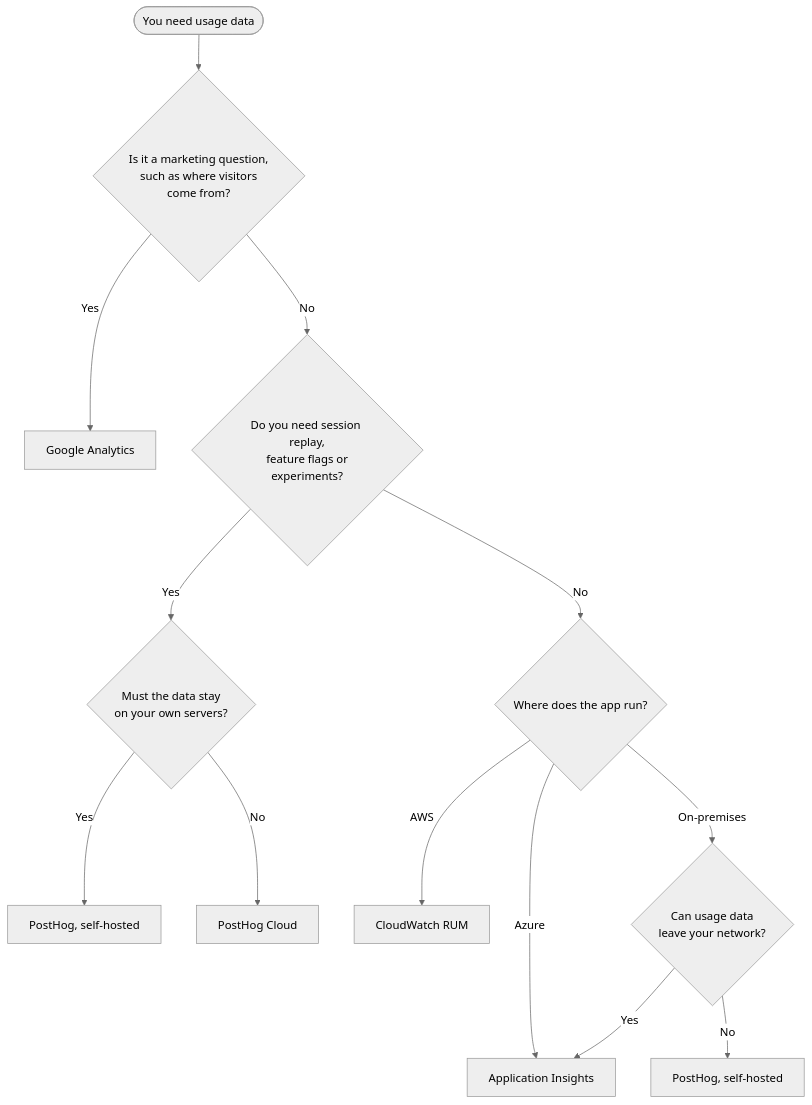
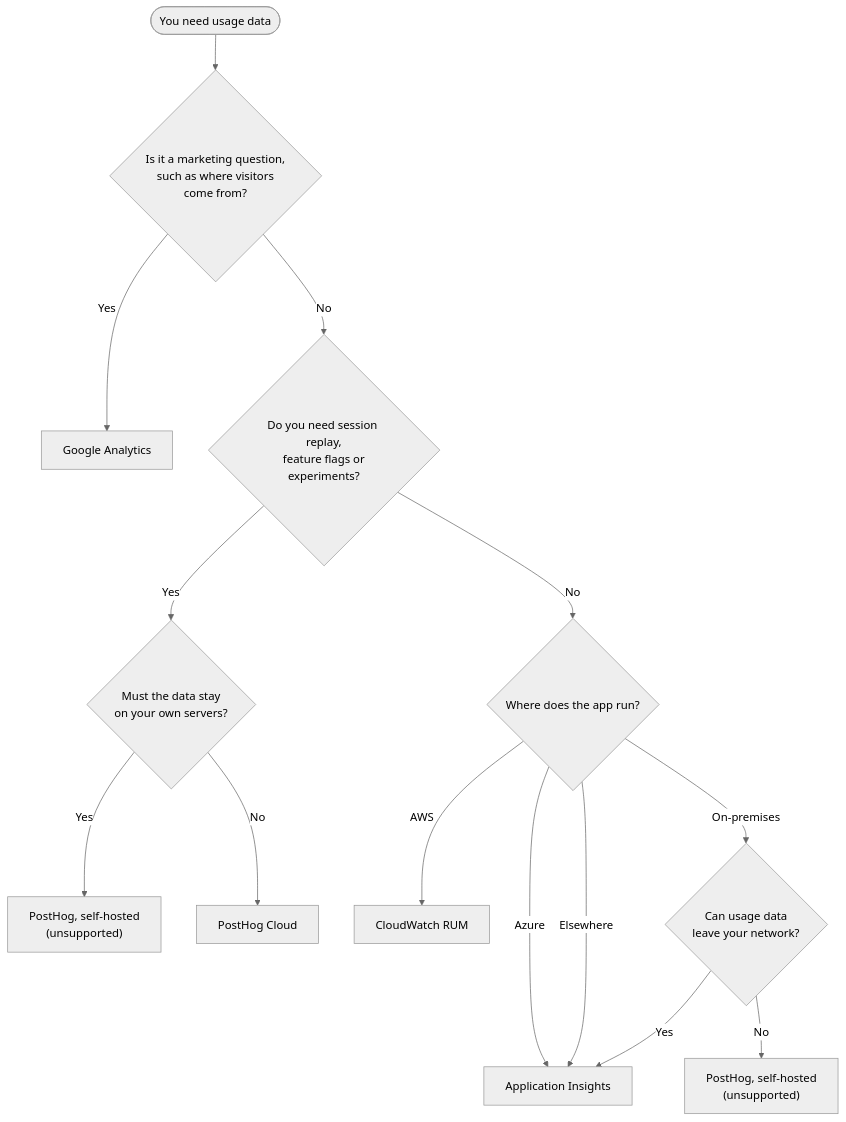
The diagram in public/uploads/rules/tools-to-analyse-web-application-usage/rule.mdx (SSWConsulting/SSW.Rules.Content), drawn with Mermaid (neutral theme) before and after one commit. The commit also changed other lines of this file, not shown here.

````diff
--- a/public/uploads/rules/tools-to-analyse-web-application-usage/rule.mdx
+++ b/public/uploads/rules/tools-to-analyse-web-application-usage/rule.mdx
@@ -39,15 +39,16 @@
 ```mermaid
 flowchart TD
     Start(["You need usage data"]) --> Q1{"Is it a marketing question,<br>such as where visitors<br>come from?"}
     Q1 -->|Yes| GA["Google Analytics"]
     Q1 -->|No| Q2{"Do you need session replay,<br>feature flags or<br>experiments?"}
     Q2 -->|Yes| Q3{"Must the data stay<br>on your own servers?"}
-    Q3 -->|Yes| PHS["PostHog, self-hosted"]
+    Q3 -->|Yes| PHS["PostHog, self-hosted<br>(unsupported)"]
     Q3 -->|No| PH["PostHog Cloud"]
     Q2 -->|No| Q4{"Where does the app run?"}
     Q4 -->|Azure| AI["Application Insights"]
     Q4 -->|AWS| RUM["CloudWatch RUM"]
+    Q4 -->|Elsewhere| AI
     Q4 -->|On-premises| Q5{"Can usage data<br>leave your network?"}
     Q5 -->|Yes| AI
-    Q5 -->|No| PHS2["PostHog, self-hosted"]
+    Q5 -->|No| PHS2["PostHog, self-hosted<br>(unsupported)"]
 ```
````
